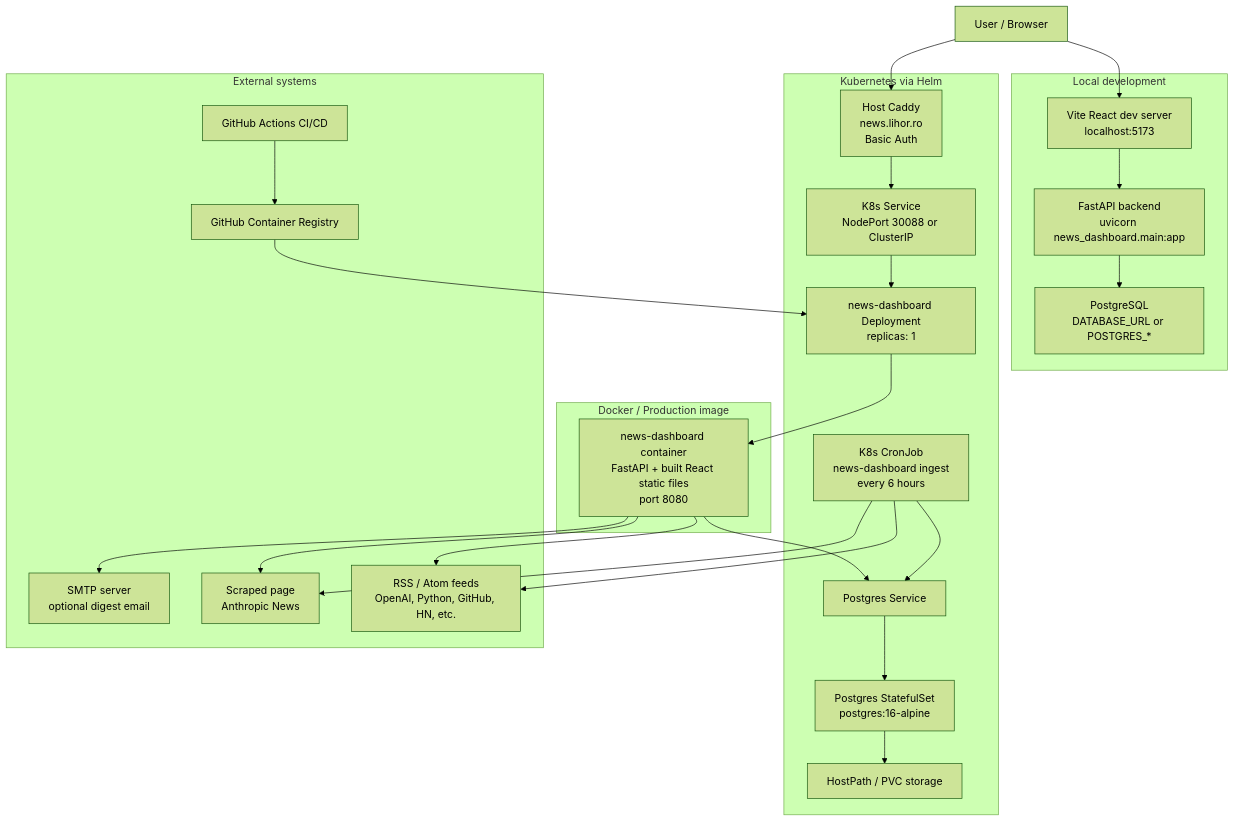
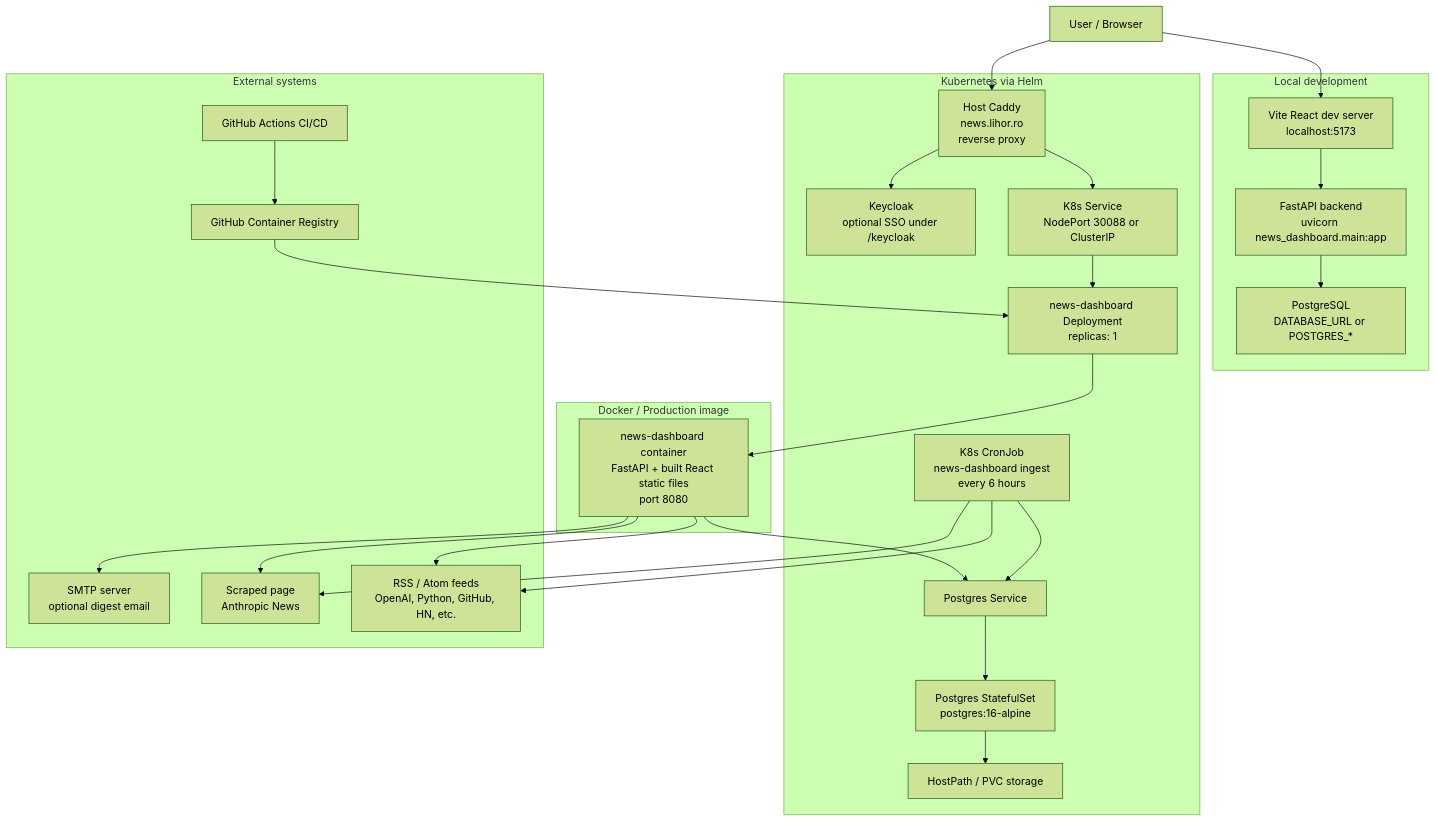
The first of 5 diagrams in docs/ARCHITECTURE.md (lihor-hub/news-dashboard), drawn with Mermaid (forest theme) before and after one commit. The commit also changed other lines of this file and 2 other files, not shown here.

````diff
--- a/docs/ARCHITECTURE.md
+++ b/docs/ARCHITECTURE.md
@@ -23,50 +23,53 @@
 ```mermaid
 flowchart TB
   User["User / Browser"]
 
   subgraph LocalDev["Local development"]
     Vite["Vite React dev server<br/>localhost:5173"]
     FastAPIDev["FastAPI backend<br/>uvicorn news_dashboard.main:app"]
     PostgresDev["PostgreSQL<br/>DATABASE_URL or POSTGRES_*"]
   end
 
   subgraph Container["Docker / Production image"]
     App["news-dashboard container<br/>FastAPI + built React static files<br/>port 8080"]
   end
 
   subgraph Kubernetes["Kubernetes via Helm"]
-    Caddy["Host Caddy<br/>news.lihor.ro<br/>Basic Auth"]
+    Caddy["Host Caddy<br/>news.lihor.ro<br/>reverse proxy"]
+    Keycloak["Keycloak<br/>optional SSO under /keycloak"]
     Service["K8s Service<br/>NodePort 30088 or ClusterIP"]
     Deployment["news-dashboard Deployment<br/>replicas: 1"]
     CronJob["K8s CronJob<br/>news-dashboard ingest<br/>every 6 hours"]
     PostgresSvc["Postgres Service"]
     Postgres["Postgres StatefulSet<br/>postgres:16-alpine"]
     PVC["HostPath / PVC storage"]
   end
 
   subgraph External["External systems"]
     Feeds["RSS / Atom feeds<br/>OpenAI, Python, GitHub, HN, etc."]
     Scraped["Scraped page<br/>Anthropic News"]
     SMTP["SMTP server<br/>optional digest email"]
     GHCR["GitHub Container Registry"]
     Actions["GitHub Actions CI/CD"]
   end
 
   User --> Vite
   Vite --> FastAPIDev
   FastAPIDev --> PostgresDev
 
-  User --> Caddy --> Service --> Deployment
+  User --> Caddy
+  Caddy --> Service --> Deployment
+  Caddy --> Keycloak
   Deployment --> App
   App --> PostgresSvc --> Postgres --> PVC
   CronJob --> PostgresSvc
   CronJob --> Feeds
   CronJob --> Scraped
 
   App --> Feeds
   App --> Scraped
   App --> SMTP
 
   Actions --> GHCR
   GHCR --> Deployment
 ```
````
